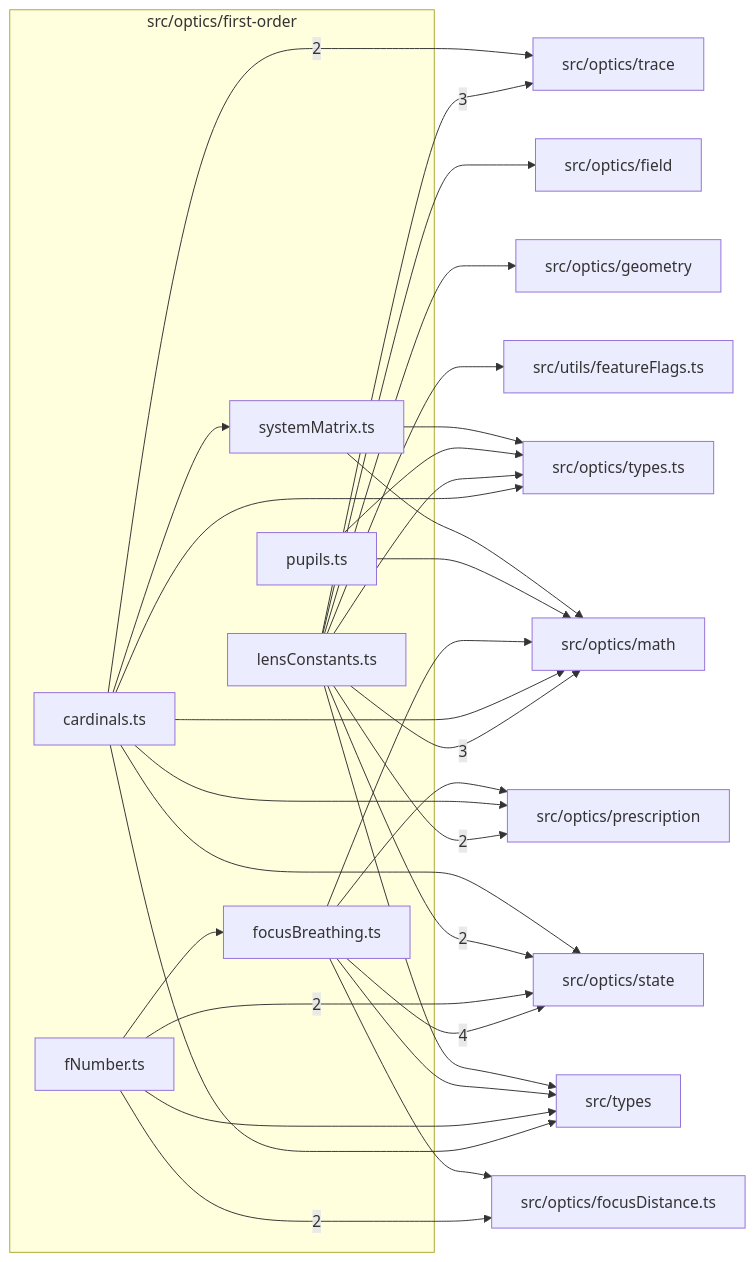
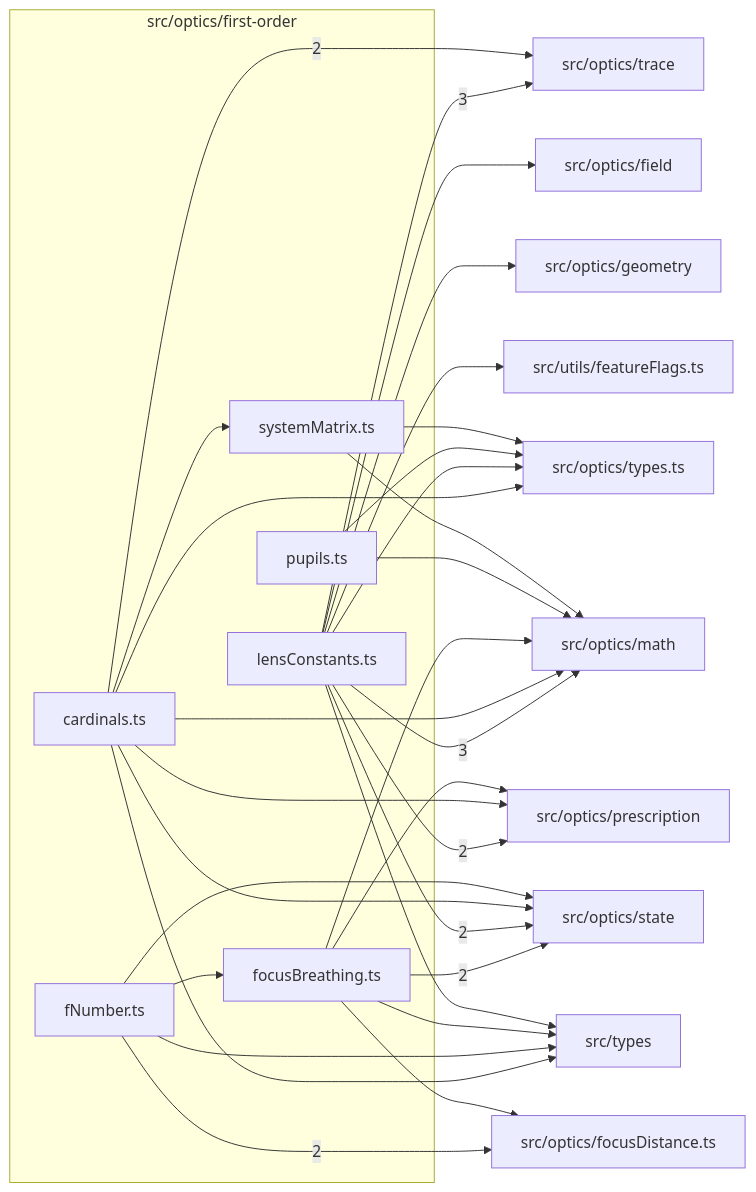
The diagram in src/optics/first-order/readme.md (ronbuening/LensVisualizer), drawn with Mermaid before and after one commit. The commit also changed other lines of this file and 23 other files, not shown here.

````diff
--- a/src/optics/first-order/readme.md
+++ b/src/optics/first-order/readme.md
@@ -9,50 +9,50 @@
 ```mermaid
 flowchart LR
   subgraph n_src_optics_first_order["src/optics/first-order"]
     n_src_optics_first_order_src_optics_first_order_cardinals_ts["cardinals.ts"]
     n_src_optics_first_order_src_optics_first_order_fNumber_ts["fNumber.ts"]
     n_src_optics_first_order_src_optics_first_order_focusBreathing_ts["focusBreathing.ts"]
     n_src_optics_first_order_src_optics_first_order_lensConstants_ts["lensConstants.ts"]
     n_src_optics_first_order_src_optics_first_order_pupils_ts["pupils.ts"]
     n_src_optics_first_order_src_optics_first_order_systemMatrix_ts["systemMatrix.ts"]
   end
-  n_external_src_optics_state["src/optics/state"]
   n_external_src_optics_math["src/optics/math"]
   n_external_src_optics_trace["src/optics/trace"]
   n_external_src_optics_focusDistance_ts["src/optics/focusDistance.ts"]
   n_external_src_optics_prescription["src/optics/prescription"]
+  n_external_src_optics_state["src/optics/state"]
   n_external_src_optics_field["src/optics/field"]
   n_external_src_optics_geometry["src/optics/geometry"]
   n_external_src_optics_types_ts["src/optics/types.ts"]
   n_external_src_types["src/types"]
   n_external_src_utils_featureFlags_ts["src/utils/featureFlags.ts"]
-  n_src_optics_first_order_src_optics_first_order_focusBreathing_ts --> |4| n_external_src_optics_state
   n_src_optics_first_order_src_optics_first_order_lensConstants_ts --> |3| n_external_src_optics_math
   n_src_optics_first_order_src_optics_first_order_lensConstants_ts --> |3| n_external_src_optics_trace
   n_src_optics_first_order_src_optics_first_order_fNumber_ts --> |2| n_external_src_optics_focusDistance_ts
   n_src_optics_first_order_src_optics_first_order_lensConstants_ts --> |2| n_external_src_optics_prescription
-  n_src_optics_first_order_src_optics_first_order_fNumber_ts --> |2| n_external_src_optics_state
+  n_src_optics_first_order_src_optics_first_order_focusBreathing_ts --> |2| n_external_src_optics_state
   n_src_optics_first_order_src_optics_first_order_lensConstants_ts --> |2| n_external_src_optics_state
   n_src_optics_first_order_src_optics_first_order_cardinals_ts --> |2| n_external_src_optics_trace
   n_src_optics_first_order_src_optics_first_order_lensConstants_ts --> n_external_src_optics_field
   n_src_optics_first_order_src_optics_first_order_focusBreathing_ts --> n_external_src_optics_focusDistance_ts
   n_src_optics_first_order_src_optics_first_order_lensConstants_ts --> n_external_src_optics_geometry
   n_src_optics_first_order_src_optics_first_order_cardinals_ts --> n_external_src_optics_math
   n_src_optics_first_order_src_optics_first_order_focusBreathing_ts --> n_external_src_optics_math
   n_src_optics_first_order_src_optics_first_order_pupils_ts --> n_external_src_optics_math
   n_src_optics_first_order_src_optics_first_order_systemMatrix_ts --> n_external_src_optics_math
   n_src_optics_first_order_src_optics_first_order_cardinals_ts --> n_external_src_optics_prescription
   n_src_optics_first_order_src_optics_first_order_focusBreathing_ts --> n_external_src_optics_prescription
   n_src_optics_first_order_src_optics_first_order_cardinals_ts --> n_external_src_optics_state
+  n_src_optics_first_order_src_optics_first_order_fNumber_ts --> n_external_src_optics_state
   n_src_optics_first_order_src_optics_first_order_cardinals_ts --> n_external_src_optics_types_ts
   n_src_optics_first_order_src_optics_first_order_lensConstants_ts --> n_external_src_optics_types_ts
   n_src_optics_first_order_src_optics_first_order_pupils_ts --> n_external_src_optics_types_ts
   n_src_optics_first_order_src_optics_first_order_systemMatrix_ts --> n_external_src_optics_types_ts
   n_src_optics_first_order_src_optics_first_order_cardinals_ts --> n_external_src_types
   n_src_optics_first_order_src_optics_first_order_fNumber_ts --> n_external_src_types
   n_src_optics_first_order_src_optics_first_order_focusBreathing_ts --> n_external_src_types
   n_src_optics_first_order_src_optics_first_order_lensConstants_ts --> n_external_src_types
   n_src_optics_first_order_src_optics_first_order_lensConstants_ts --> n_external_src_utils_featureFlags_ts
   n_src_optics_first_order_src_optics_first_order_fNumber_ts --> n_src_optics_first_order_src_optics_first_order_focusBreathing_ts
   n_src_optics_first_order_src_optics_first_order_cardinals_ts --> n_src_optics_first_order_src_optics_first_order_systemMatrix_ts
 ```
````
